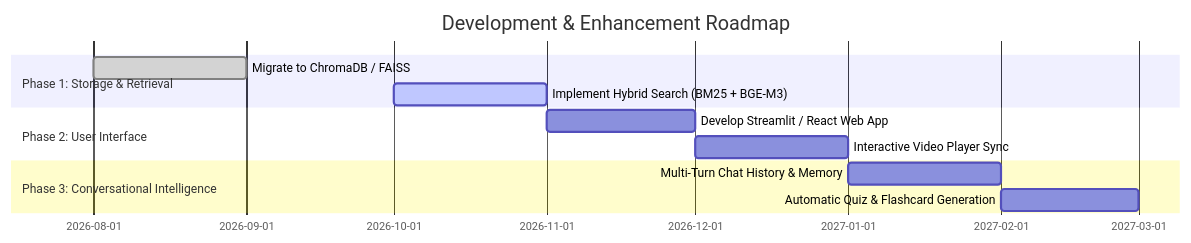
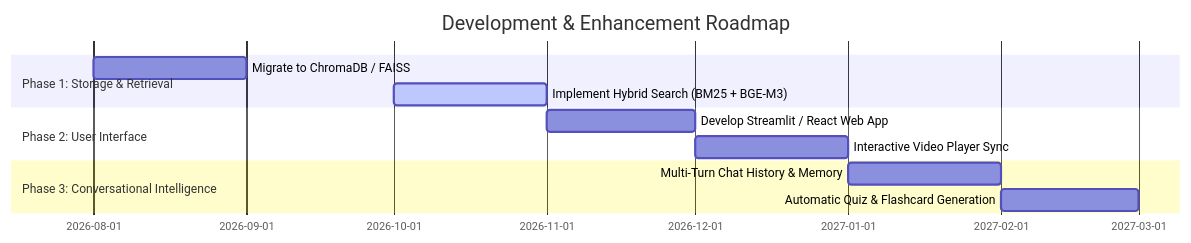
One commit to VedantDesh18/RAG-Based-AI-Teaching-Assistance changed the second of 2 diagrams in PROJECT_REPORT.md. Above: the diagram before and after it, drawn with Mermaid. The commit also changed other lines of this file and 38 other files, not shown here.

````diff
--- a/PROJECT_REPORT.md
+++ b/PROJECT_REPORT.md
@@ -267,14 +267,14 @@
 ```mermaid
 gantt
     title Development & Enhancement Roadmap
     dateFormat  YYYY-MM
     section Phase 1: Storage & Retrieval
-    Migrate to ChromaDB / FAISS            :done, 2026-08, 2026-09
+    Migrate to ChromaDB / FAISS            :2026-08, 2026-09
     Implement Hybrid Search (BM25 + BGE-M3):active, 2026-10, 2026-11
     section Phase 2: User Interface
     Develop Streamlit / React Web App      :2026-11, 2026-12
     Interactive Video Player Sync          :2026-12, 2027-01
     section Phase 3: Conversational Intelligence
     Multi-Turn Chat History & Memory      :2027-01, 2027-02
     Automatic Quiz & Flashcard Generation  :2027-02, 2027-03
 ```
````
